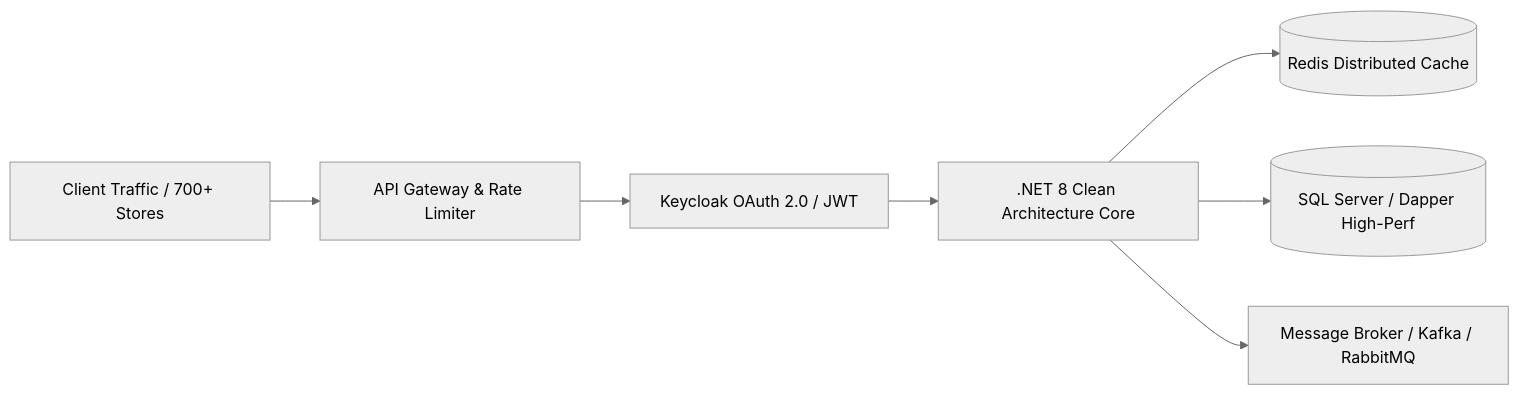
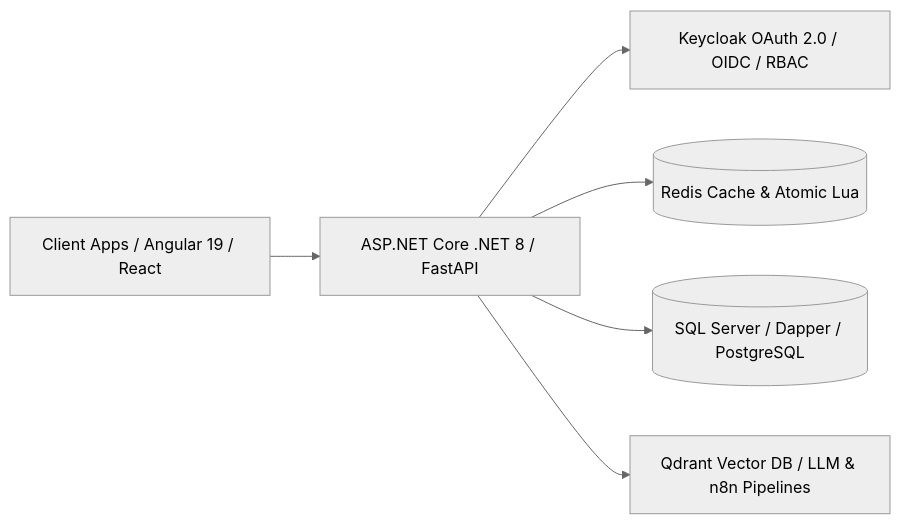
The diagram in README.md (tvt987/tvt987), drawn with Mermaid (neutral theme) before and after one commit. The commit also changed other lines of this file, not shown here.

````diff
--- a/README.md
+++ b/README.md
@@ -48,9 +39,8 @@
 ```mermaid
 flowchart LR
-    A[Client Traffic / 700+ Stores] --> B[API Gateway & Rate Limiter]
-    B --> C[Keycloak OAuth 2.0 / JWT]
-    C --> D[.NET 8 Clean Architecture Core]
-    D --> E[(Redis Distributed Cache)]
-    D --> F[(SQL Server / Dapper High-Perf)]
-    D --> G[Message Broker / Kafka / RabbitMQ]
+    A[Client Apps / Angular 19 / React] --> B[ASP.NET Core .NET 8 / FastAPI]
+    B --> C[Keycloak OAuth 2.0 / OIDC / RBAC]
+    B --> D[(Redis Cache & Atomic Lua)]
+    B --> E[(SQL Server / Dapper / PostgreSQL)]
+    B --> F[Qdrant Vector DB / LLM & n8n Pipelines]
 ```
````
